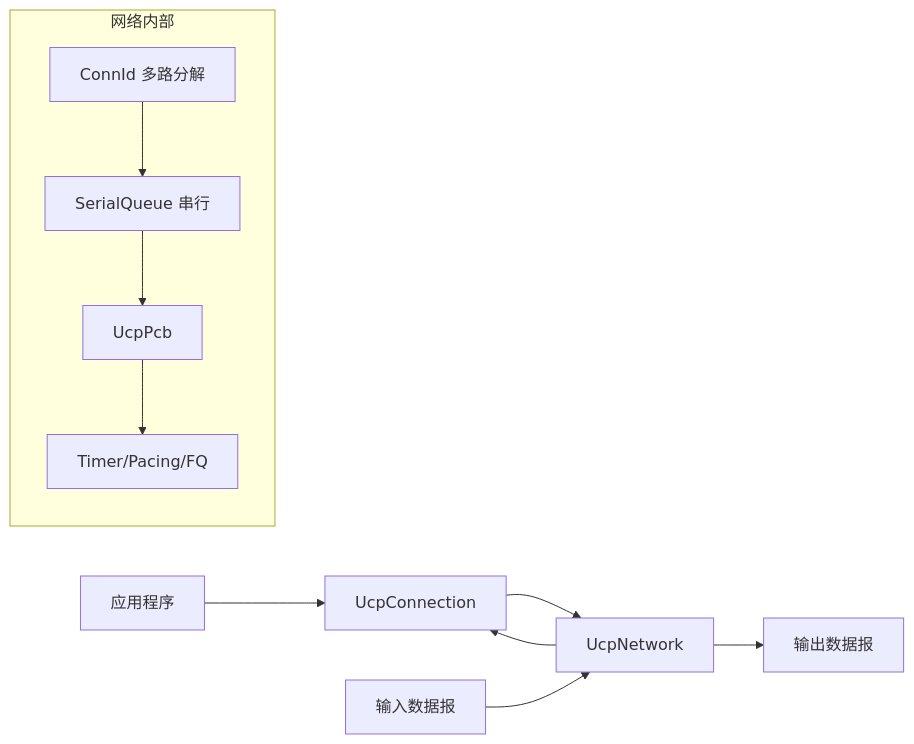
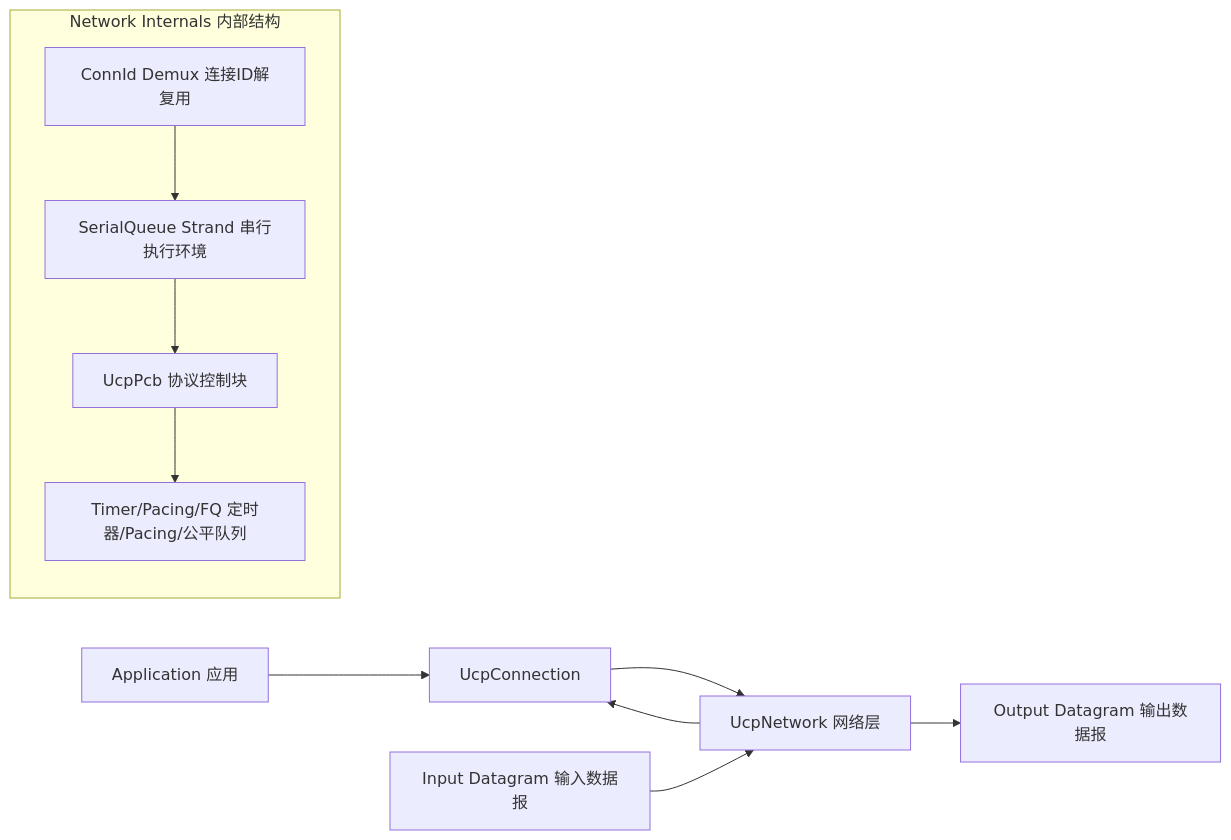
The fourth of 4 diagrams in docs/api_CN.md (liulilittle/ucp), drawn with Mermaid before and after one commit. The commit also changed other lines of this file and 43 other files, not shown here.

````diff
--- a/docs/api_CN.md
+++ b/docs/api_CN.md
@@ -240,15 +258,15 @@
 ```mermaid
 flowchart LR
-    App[应用程序] --> Conn[UcpConnection]
-    Conn --> Network[UcpNetwork]
-    Network --> Output[输出数据报]
-    Input[输入数据报] --> Network
+    App["Application 应用"] --> Conn["UcpConnection"]
+    Conn --> Network["UcpNetwork 网络层"]
+    Network --> Output["Output Datagram 输出数据报"]
+    Input["Input Datagram 输入数据报"] --> Network
     Network --> Conn
-
-    subgraph "网络内部"
+    
+    subgraph Internals["Network Internals 内部结构"]
         direction TB
-        Demux[ConnId 多路分解] --> Strand[SerialQueue 串行]
-        Strand --> Pcb[UcpPcb]
-        Pcb --> Timer[Timer/Pacing/FQ]
+        Demux["ConnId Demux 连接ID解复用"] --> Strand["SerialQueue Strand 串行执行环境"]
+        Strand --> Pcb["UcpPcb 协议控制块"]
+        Pcb --> Timer["Timer/Pacing/FQ 定时器/Pacing/公平队列"]
     end
 ```
````
